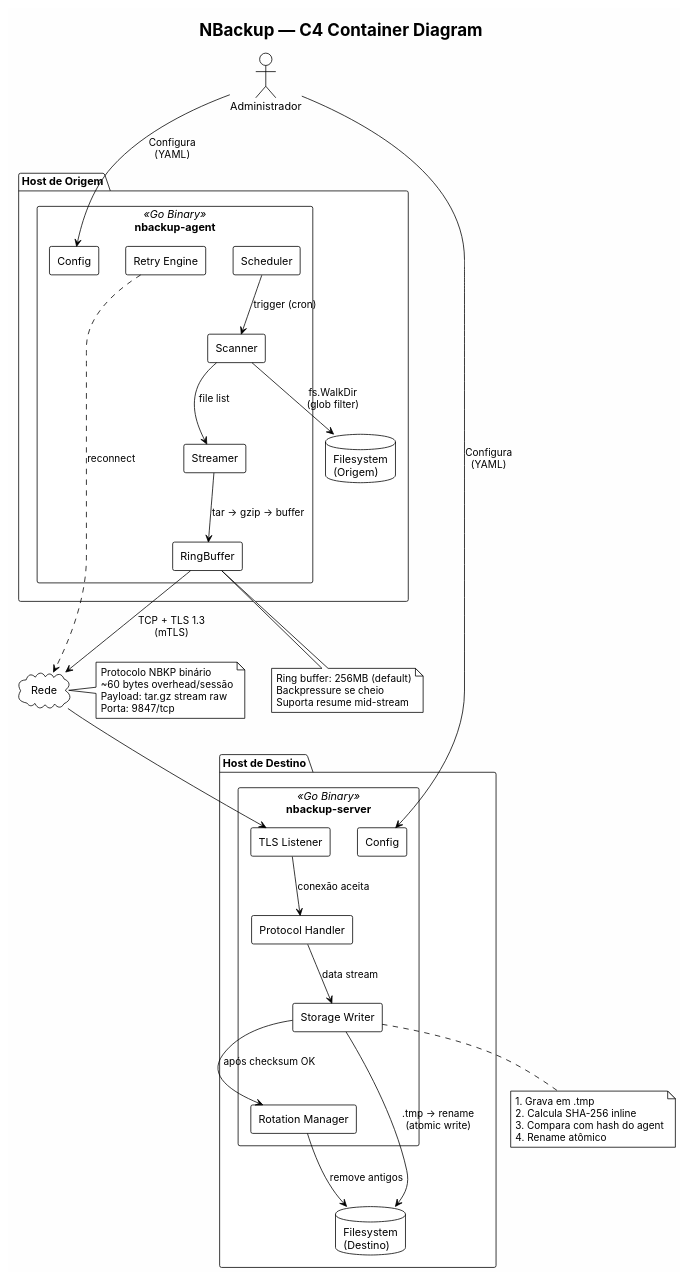
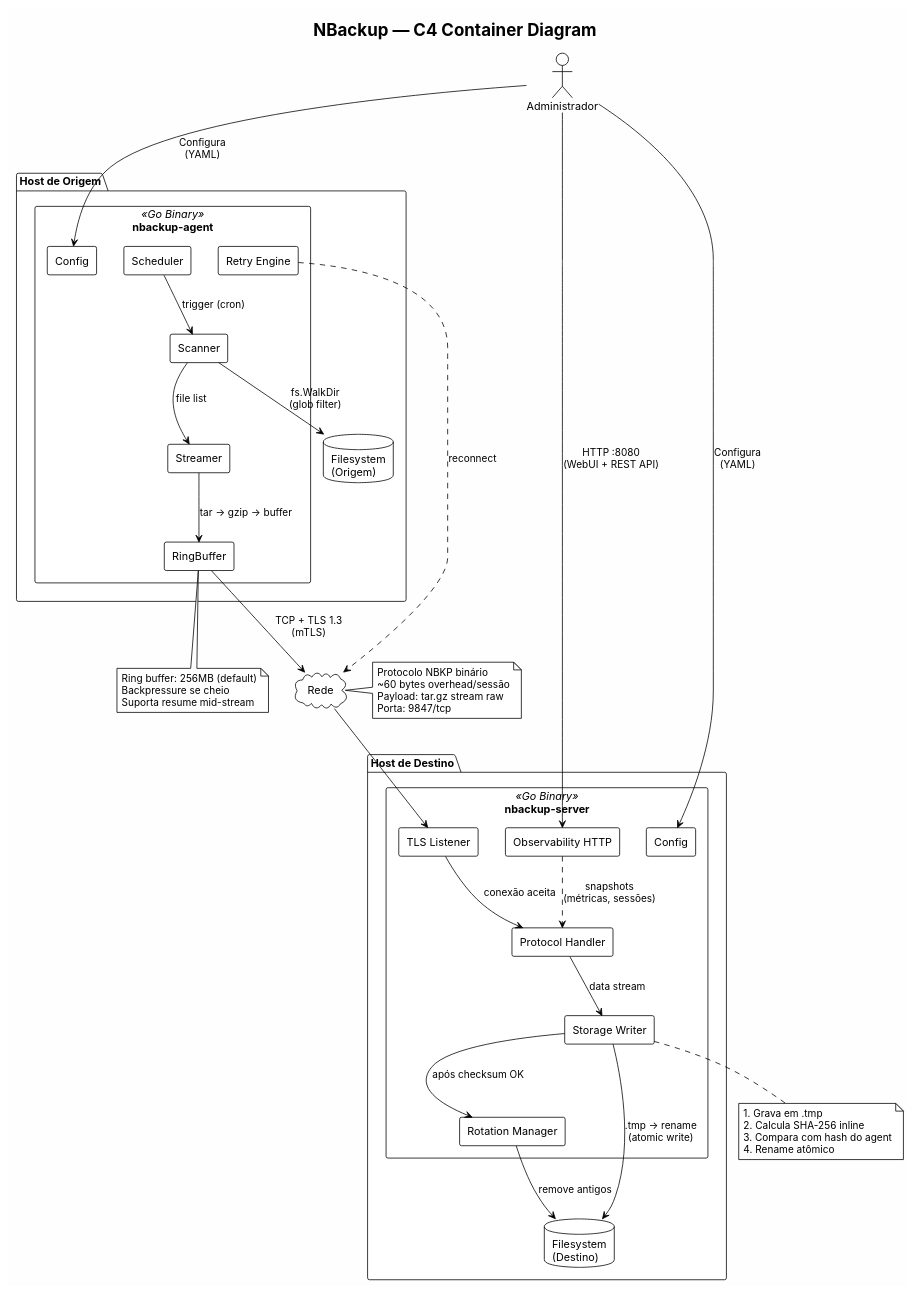
The diagram in docs/diagrams/c4_container.puml (nishisan-dev/n-backup), drawn with PlantUML before and after one commit. The commit also changed 2 other files, not shown here.

Commit message:
docs: add observability/WebUI section and update v2.0.0 features
- architecture.md: new section 8 (Observability WebUI), REST API table,
  SPA components, config reference, updated directory tree with
  observability subpackage, decision #9 (embedded SPA via go:embed),
  updated compression decision to include Zstd
- usage.md: new WebUI section with config, views, and result badges
- c4_container.puml: add Observability HTTP component and admin→WebUI

```diff
--- a/docs/diagrams/c4_container.puml
+++ b/docs/diagrams/c4_container.puml
@@ -1,72 +1,76 @@
 @startuml c4_container
 !theme plain
 skinparam backgroundColor #FEFEFE
 skinparam defaultFontName Inter
 skinparam componentStyle rectangle
 
 title NBackup — C4 Container Diagram
 
 actor "Administrador" as admin
 
 package "Host de Origem" as origin {
   component "nbackup-agent" as agent <<Go Binary>> {
     component "Scheduler" as sched
     component "Scanner" as scan
     component "Streamer" as stream
     component "RingBuffer" as rb
     component "Retry Engine" as retry
     component "Config" as cfg_a
   }
   database "Filesystem\n(Origem)" as fs_origin
 }
 
 package "Host de Destino" as dest {
   component "nbackup-server" as server <<Go Binary>> {
     component "TLS Listener" as tls_srv
     component "Protocol Handler" as proto
     component "Storage Writer" as sw
     component "Rotation Manager" as rot
+    component "Observability HTTP" as obs
     component "Config" as cfg_s
   }
   database "Filesystem\n(Destino)" as fs_dest
 }
 
 cloud "Rede" as net
 
 admin --> cfg_a : Configura\n(YAML)
 admin --> cfg_s : Configura\n(YAML)
 
 sched --> scan : trigger (cron)
 scan --> fs_origin : fs.WalkDir\n(glob filter)
 scan --> stream : file list
 stream --> rb : tar → gzip → buffer
 rb --> net : TCP + TLS 1.3\n(mTLS)
 retry ..> net : reconnect
 
 net --> tls_srv
 tls_srv --> proto : conexão aceita
 proto --> sw : data stream
 sw --> fs_dest : .tmp → rename\n(atomic write)
 sw --> rot : após checksum OK
 rot --> fs_dest : remove antigos
 
+admin --> obs : HTTP :8080\n(WebUI + REST API)
+obs ..> proto : snapshots\n(métricas, sessões)
+
 note right of net
   Protocolo NBKP binário
   ~60 bytes overhead/sessão
   Payload: tar.gz stream raw
   Porta: 9847/tcp
 end note
 
 note bottom of rb
   Ring buffer: 256MB (default)
   Backpressure se cheio
   Suporta resume mid-stream
 end note
 
 note bottom of sw
   1. Grava em .tmp
   2. Calcula SHA-256 inline
   3. Compara com hash do agent
   4. Rename atômico
 end note
 @enduml
```
